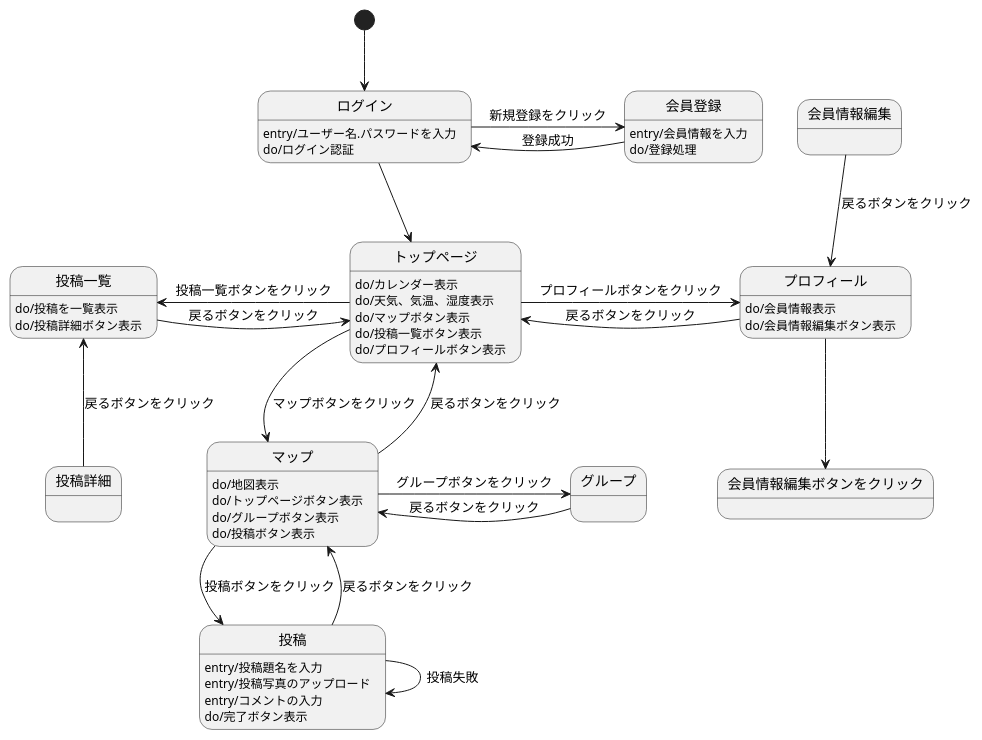
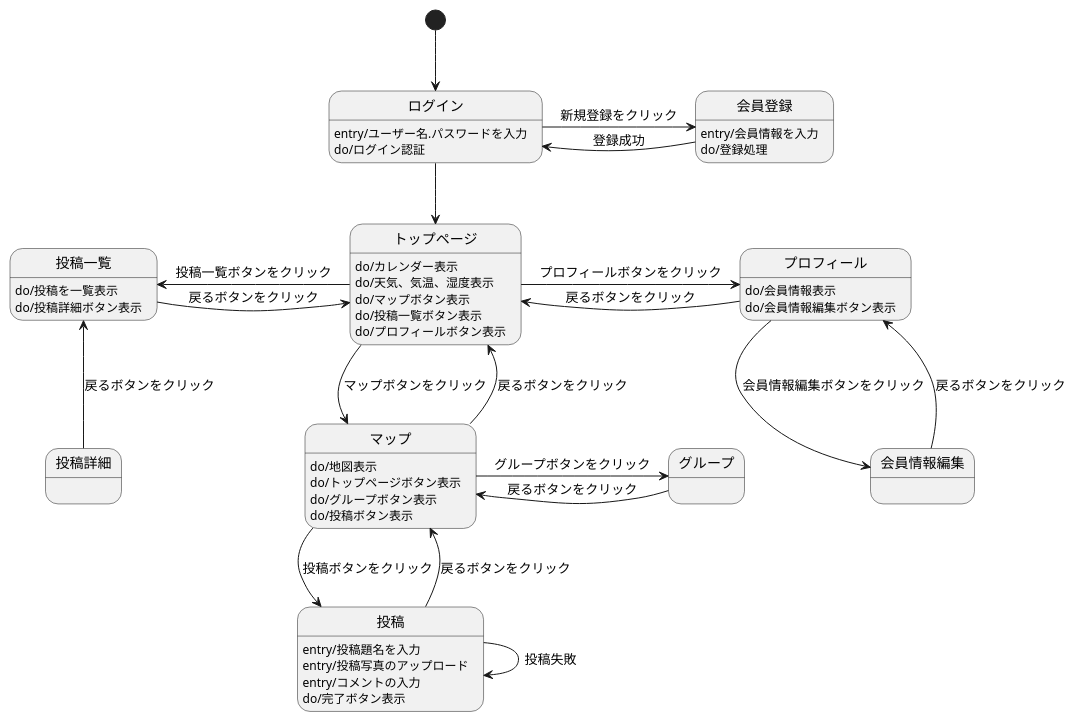
Before and after one commit to Aso2001031/System4_ver2.0: the diagram in 03_画面遷移図/画面遷移図.md, drawn with PlantUML.

````diff
--- a/03_画面遷移図/画面遷移図.md
+++ b/03_画面遷移図/画面遷移図.md
@@ -1,58 +1,58 @@
 ```uml
 @startuml
 
 [*] -down-> ログイン
 
 ログイン -down-> トップページ
 ログイン : entry/ユーザー名.パスワードを入力 
 ログイン : do/ログイン認証 
 ログイン -> 会員登録 : 新規登録をクリック
 
 会員登録 -> ログイン : 登録成功
 会員登録 : entry/会員情報を入力 
 会員登録 : do/登録処理
 
 トップページ : do/カレンダー表示
 トップページ : do/天気、気温、湿度表示
 トップページ : do/マップボタン表示
 トップページ : do/投稿一覧ボタン表示
 トップページ : do/プロフィールボタン表示
 トップページ -down-> マップ : マップボタンをクリック
 トップページ -left-> 投稿一覧 : 投稿一覧ボタンをクリック
 トップページ -right-> プロフィール :プロフィールボタンをクリック
 
 マップ -up-> トップページ : 戻るボタンをクリック
 マップ : do/地図表示
 マップ : do/トップページボタン表示
 マップ : do/グループボタン表示
 マップ : do/投稿ボタン表示
 マップ -down-> 投稿 : 投稿ボタンをクリック
 マップ -right-> グループ : グループボタンをクリック
 
 投稿一覧 -right-> トップページ : 戻るボタンをクリック
 投稿一覧 : do/投稿を一覧表示
 投稿一覧 : do/投稿詳細ボタン表示
 
 プロフィール -left-> トップページ : 戻るボタンをクリック
 プロフィール : do/会員情報表示
 プロフィール : do/会員情報編集ボタン表示
-プロフィール --> 会員情報編集ボタンをクリック
+プロフィール -down-> 会員情報編集 : 会員情報編集ボタンをクリック
 
 投稿 -up-> マップ : 戻るボタンをクリック
 投稿 : entry/投稿題名を入力
 投稿 : entry/投稿写真のアップロード
 投稿 : entry/コメントの入力
 投稿 : do/完了ボタン表示
 投稿 -down-> 投稿 : 投稿失敗
 
 グループ -left-> マップ : 戻るボタンをクリック 
 グループ : 
 
 投稿詳細 -up-> 投稿一覧 : 戻るボタンをクリック
 投稿詳細 : 
 
-会員情報編集 --> プロフィール : 戻るボタンをクリック
+会員情報編集 -up-> プロフィール : 戻るボタンをクリック
 会員情報編集 : 
 
 @enduml
 ```
````
